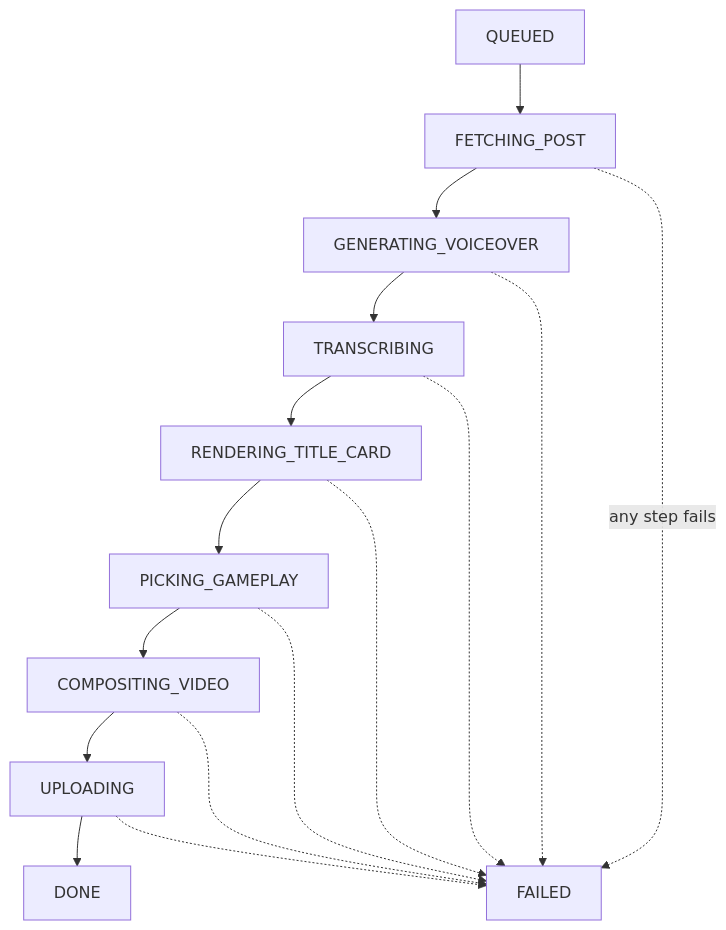
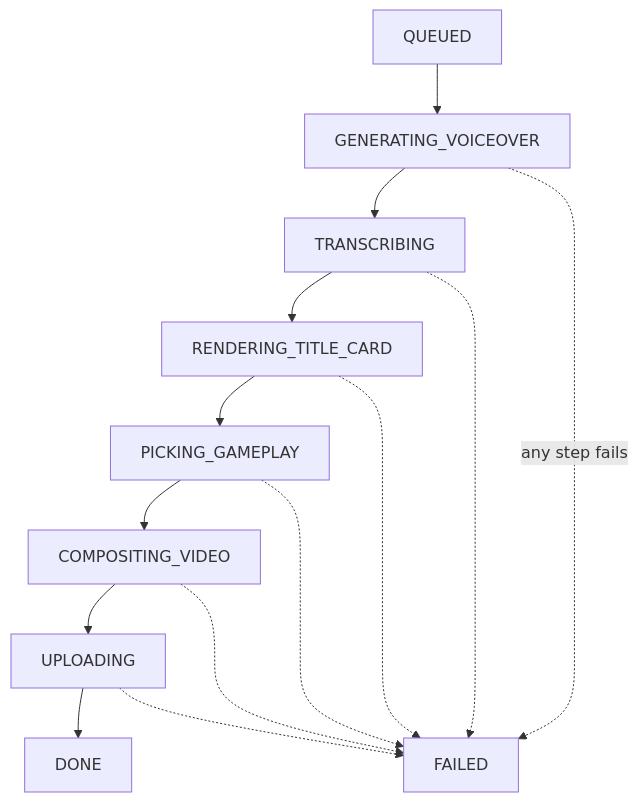
The second of 4 diagrams in README.md (roshankhanxox/redditify), drawn with Mermaid before and after one commit. The commit also changed other lines of this file and 5 other files, not shown here.

Commit message:
docs: full README with mermaid diagrams, one-command run.sh launcher, env examples, troubleshooting

````diff
--- a/README.md
+++ b/README.md
@@ -30,18 +40,16 @@
 ```mermaid
 flowchart TD
-    Q[QUEUED] --> F[FETCHING_POST]
-    F --> V[GENERATING_VOICEOVER]
+    Q[QUEUED] --> V[GENERATING_VOICEOVER]
     V --> T[TRANSCRIBING]
     T --> C[RENDERING_TITLE_CARD]
     C --> G[PICKING_GAMEPLAY]
     G --> X[COMPOSITING_VIDEO]
     X --> UP[UPLOADING]
     UP --> D[DONE]
-    F -.->|any step fails| E[FAILED]
-    V -.-> E
+    V -.->|any step fails| E[FAILED]
     T -.-> E
     C -.-> E
     G -.-> E
     X -.-> E
     UP -.-> E
 ```
````
